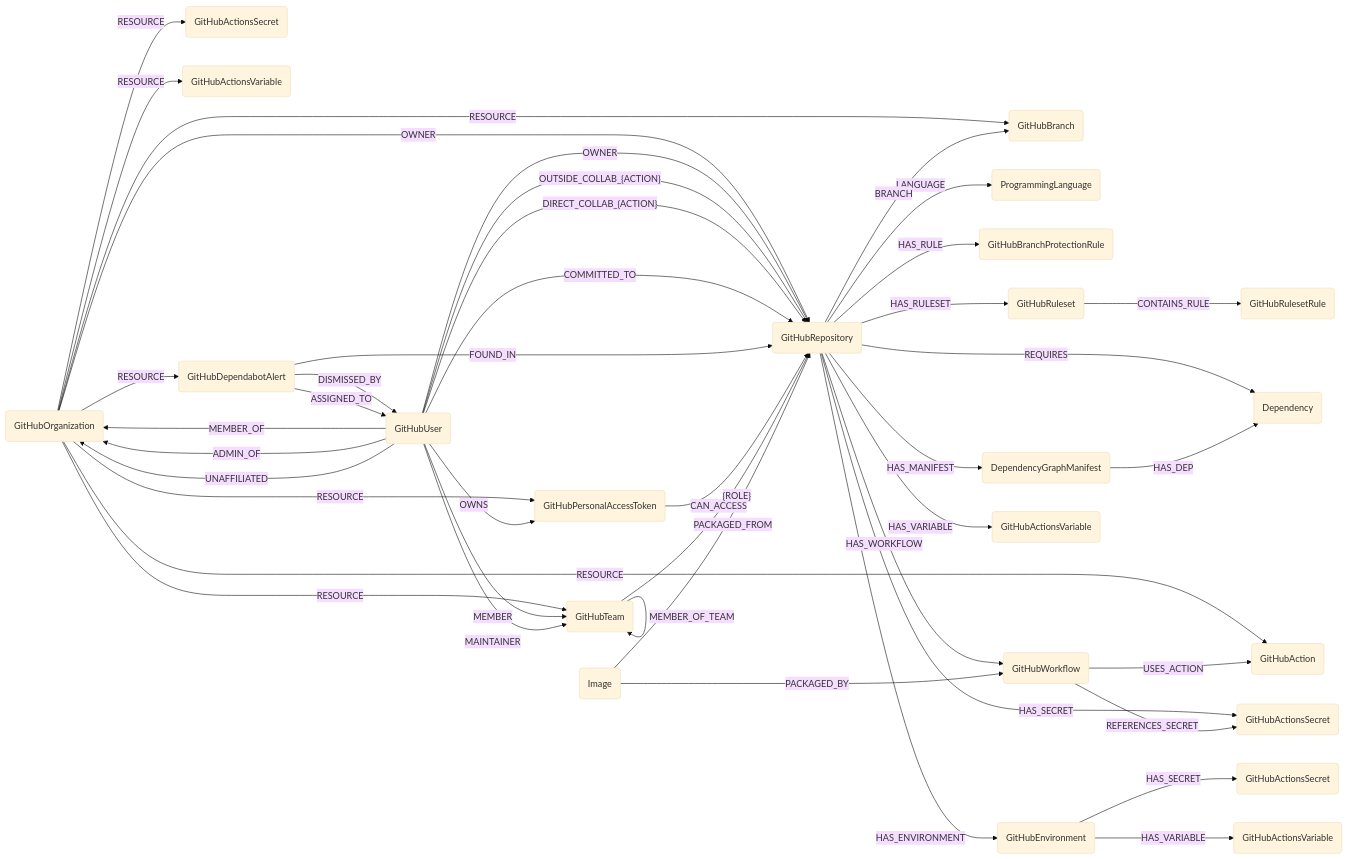
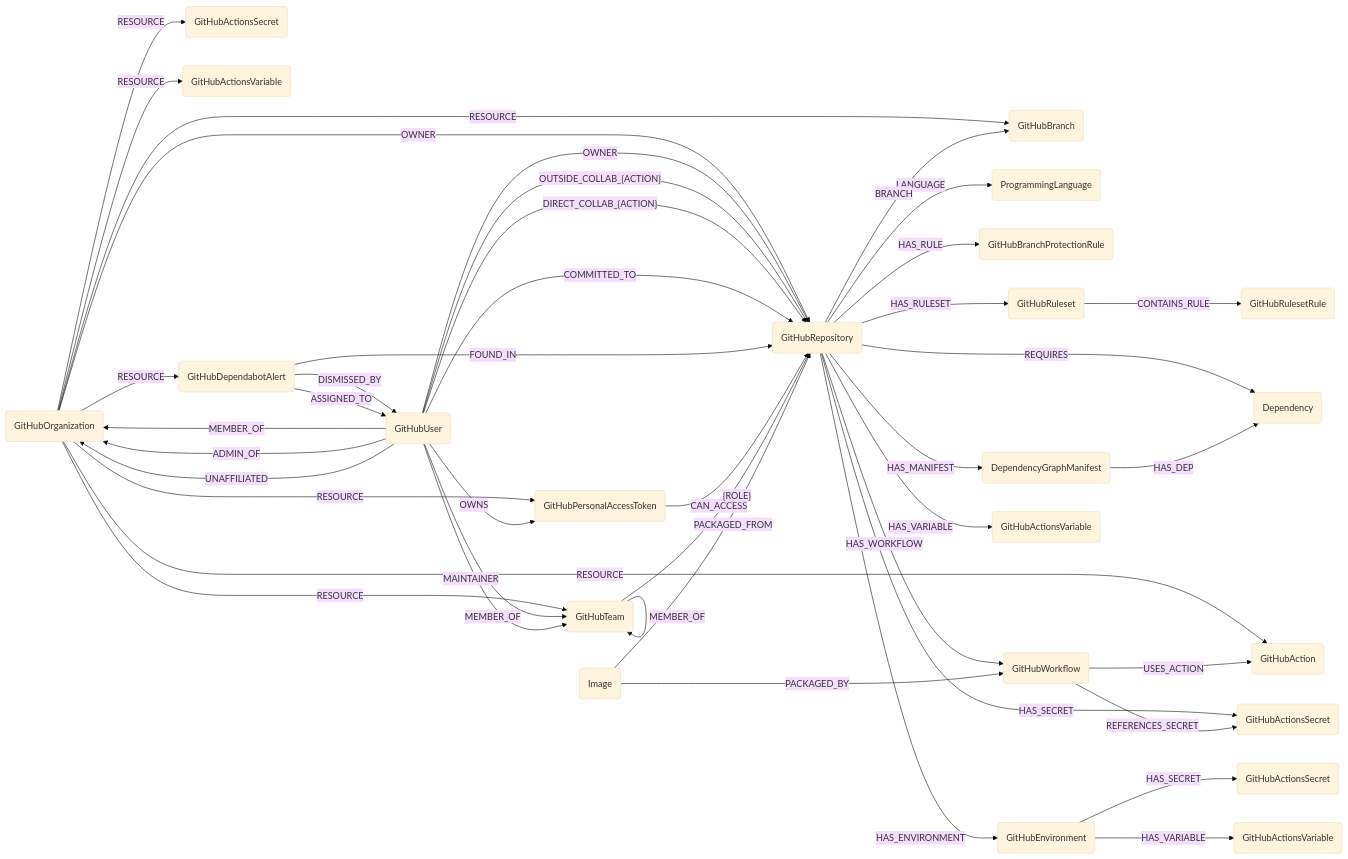
The diagram in docs/root/modules/github/schema.md (sec-js/cartography), drawn with Mermaid (base theme) before and after one commit. The commit also changed other lines of this file and 40 other files, not shown here.

````diff
--- a/docs/root/modules/github/schema.md
+++ b/docs/root/modules/github/schema.md
@@ -3,46 +3,46 @@
 ```mermaid
 graph LR
 
 O(GitHubOrganization) -- OWNER --> R(GitHubRepository)
 O -- RESOURCE --> B(GitHubBranch)
 O -- RESOURCE --> T(GitHubTeam)
 O -- RESOURCE --> OS(GitHubActionsSecret)
 O -- RESOURCE --> OV(GitHubActionsVariable)
 O -- RESOURCE --> A(GitHubAction)
 O -- RESOURCE --> DA(GitHubDependabotAlert)
 O -- RESOURCE --> PAT(GitHubPersonalAccessToken)
 U(GitHubUser) -- MEMBER_OF --> O
 U -- ADMIN_OF --> O
 U -- UNAFFILIATED --> O
 U -- OWNER --> R
 U -- OWNS --> PAT
 U -- OUTSIDE_COLLAB_{ACTION} --> R
 U -- DIRECT_COLLAB_{ACTION} --> R
 U -- COMMITTED_TO --> R
 R -- LANGUAGE --> L(ProgrammingLanguage)
 R -- BRANCH --> B(GitHubBranch)
 R -- HAS_RULE --> BPR(GitHubBranchProtectionRule)
 R -- HAS_RULESET --> GRS(GitHubRuleset)
 GRS -- CONTAINS_RULE --> RSR(GitHubRulesetRule)
 R -- REQUIRES --> D(Dependency)
 R -- HAS_MANIFEST --> M(DependencyGraphManifest)
 R -- HAS_WORKFLOW --> W(GitHubWorkflow)
 R -- HAS_SECRET --> RS(GitHubActionsSecret)
 R -- HAS_VARIABLE --> RV(GitHubActionsVariable)
 R -- HAS_ENVIRONMENT --> E(GitHubEnvironment)
 DA -- FOUND_IN --> R
 DA -- DISMISSED_BY --> U
 DA -- ASSIGNED_TO --> U
 PAT -- CAN_ACCESS --> R
 W -- USES_ACTION --> A(GitHubAction)
 W -- REFERENCES_SECRET --> RS
 E -- HAS_SECRET --> ES(GitHubActionsSecret)
 E -- HAS_VARIABLE --> EV(GitHubActionsVariable)
 M -- HAS_DEP --> D
 T -- {ROLE} --> R
-T -- MEMBER_OF_TEAM --> T
-U -- MEMBER --> T
+T -- MEMBER_OF --> T
+U -- MEMBER_OF --> T
 U -- MAINTAINER --> T
 I(Image) -- PACKAGED_FROM --> R
 I(Image) -- PACKAGED_BY --> W
 ```
````
